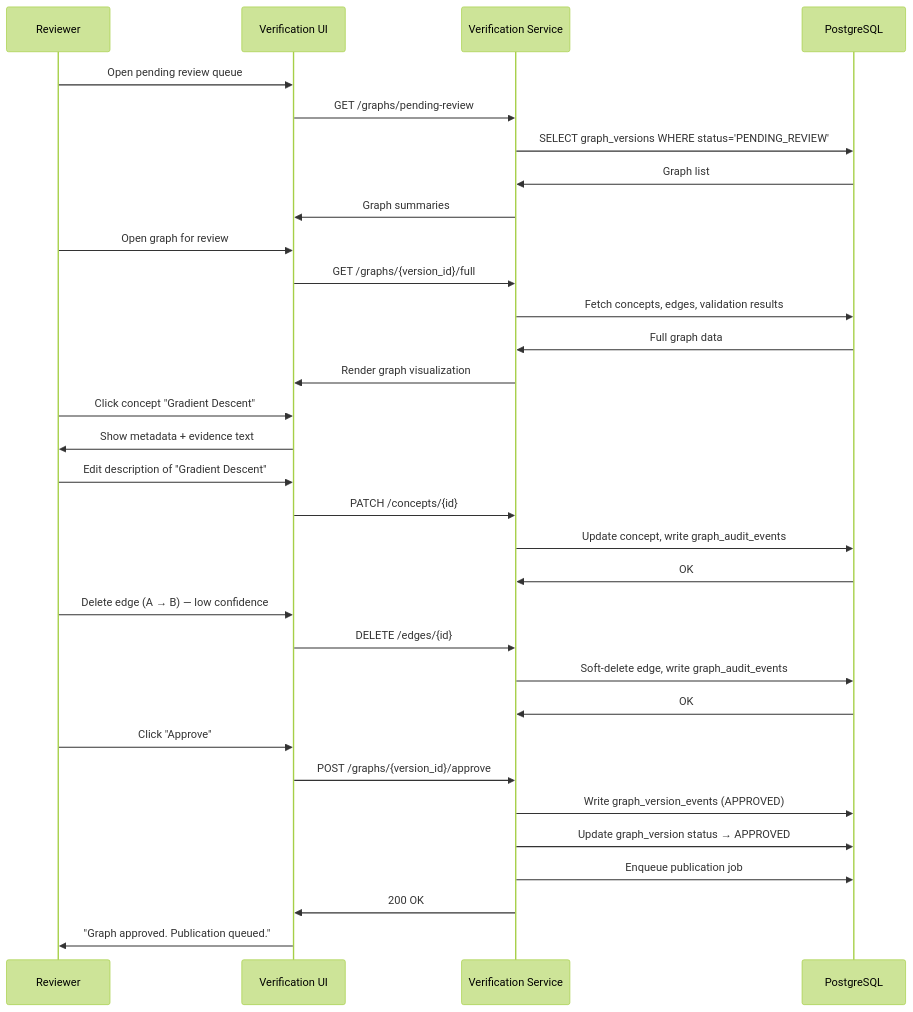
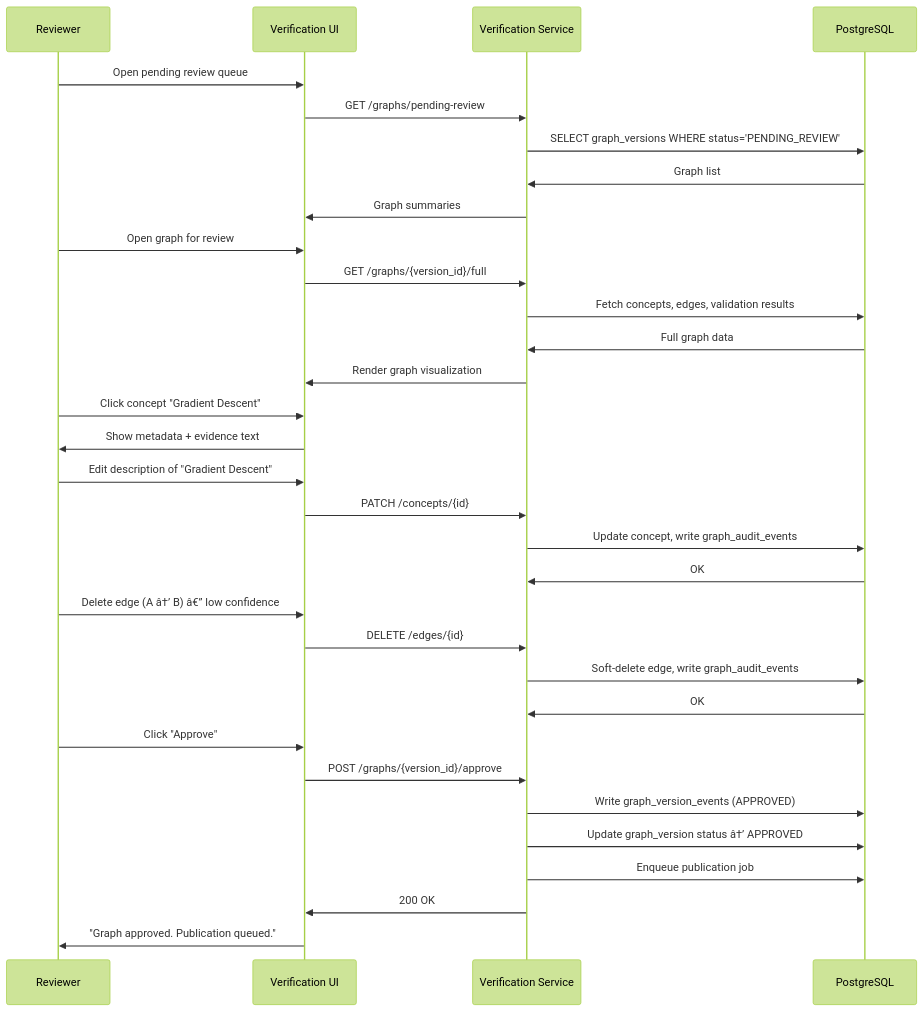
Before and after one commit to Ujjwaljain16/GenAI-34: the third of 4 diagrams in docs/architecture/ingestion_pipeline.md, drawn with Mermaid (forest theme). The commit also changed other lines of this file and 8 other files, not shown here.

````diff
--- a/docs/architecture/ingestion_pipeline.md
+++ b/docs/architecture/ingestion_pipeline.md
@@ -1268,40 +1268,40 @@
 ```mermaid
 sequenceDiagram
     participant R as Reviewer
     participant UI as Verification UI
     participant VS as Verification Service
     participant PG as PostgreSQL
 
     R->>UI: Open pending review queue
     UI->>VS: GET /graphs/pending-review
     VS->>PG: SELECT graph_versions WHERE status='PENDING_REVIEW'
     PG->>VS: Graph list
     VS->>UI: Graph summaries
     R->>UI: Open graph for review
 
     UI->>VS: GET /graphs/{version_id}/full
     VS->>PG: Fetch concepts, edges, validation results
     PG->>VS: Full graph data
     VS->>UI: Render graph visualization
 
     R->>UI: Click concept "Gradient Descent"
     UI->>R: Show metadata + evidence text
 
     R->>UI: Edit description of "Gradient Descent"
     UI->>VS: PATCH /concepts/{id}
     VS->>PG: Update concept, write graph_audit_events
     PG->>VS: OK
 
-    R->>UI: Delete edge (A → B) — low confidence
+    R->>UI: Delete edge (A â†’ B) â€” low confidence
     UI->>VS: DELETE /edges/{id}
     VS->>PG: Soft-delete edge, write graph_audit_events
     PG->>VS: OK
 
     R->>UI: Click "Approve"
     UI->>VS: POST /graphs/{version_id}/approve
     VS->>PG: Write graph_version_events (APPROVED)
-    VS->>PG: Update graph_version status → APPROVED
+    VS->>PG: Update graph_version status â†’ APPROVED
     VS->>PG: Enqueue publication job
     VS->>UI: 200 OK
     UI->>R: "Graph approved. Publication queued."
 ```
````
